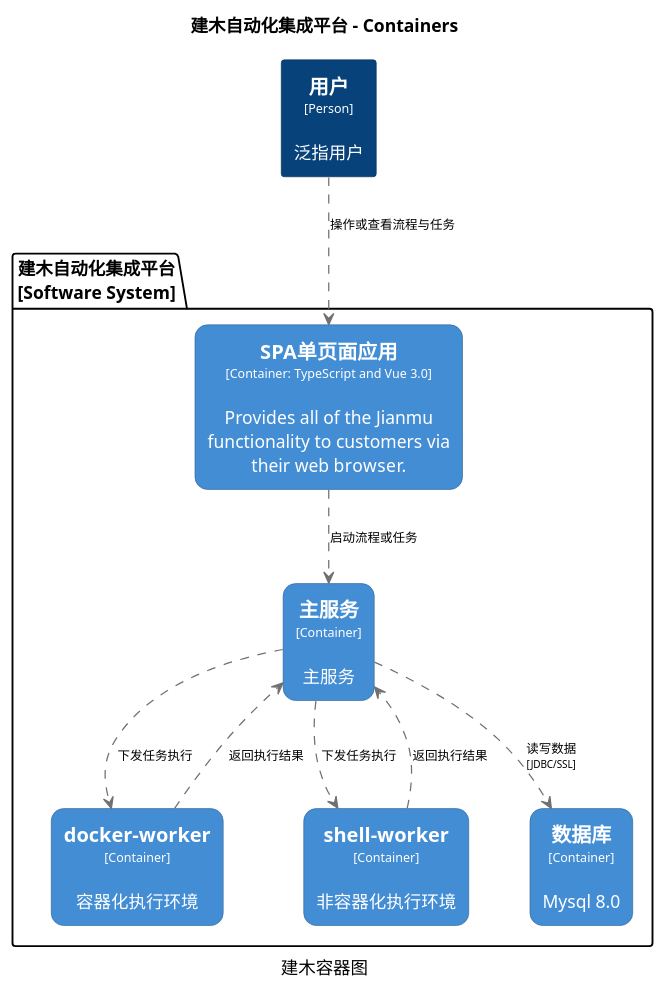
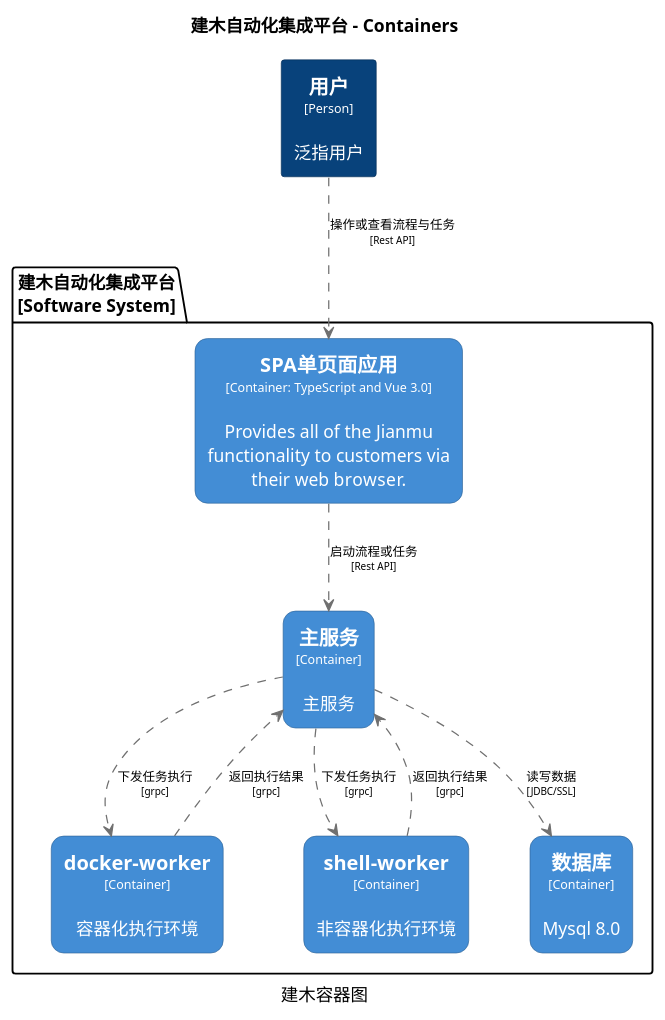
One commit to jianmu-dev/jianmu-architecture-as-code changed the diagram in c4/structurizr-jianmu-container.puml. Above: the diagram before and after it, drawn with PlantUML. The commit also changed 8 other files, not shown here.

```diff
--- a/c4/structurizr-jianmu-container.puml
+++ b/c4/structurizr-jianmu-container.puml
@@ -1,64 +1,64 @@
 @startuml(id=jianmu-container)
 title 建木自动化集成平台 - Containers
 caption 建木容器图
 
 skinparam {
   shadowing false
   arrowFontSize 10
   defaultTextAlignment center
   wrapWidth 200
   maxMessageSize 100
 }
 hide stereotype
 top to bottom direction
 skinparam rectangle<<11>> {
   BackgroundColor #438dd5
   FontColor #ffffff
   BorderColor #2E6295
   roundCorner 20
 }
+skinparam rectangle<<1>> {
+  BackgroundColor #08427b
+  FontColor #ffffff
+  BorderColor #052E56
+}
 skinparam rectangle<<12>> {
   BackgroundColor #438dd5
   FontColor #ffffff
   BorderColor #2E6295
   roundCorner 20
-}
-skinparam rectangle<<1>> {
-  BackgroundColor #08427b
-  FontColor #ffffff
-  BorderColor #052E56
 }
 skinparam rectangle<<3>> {
   BackgroundColor #438dd5
   FontColor #ffffff
   BorderColor #2E6295
   roundCorner 20
 }
 skinparam rectangle<<4>> {
   BackgroundColor #438dd5
   FontColor #ffffff
   BorderColor #2E6295
   roundCorner 20
 }
 skinparam rectangle<<16>> {
   BackgroundColor #438dd5
   FontColor #ffffff
   BorderColor #2E6295
   roundCorner 20
 }
 rectangle "==用户\n<size:10>[Person]</size>\n\n泛指用户" <<1>> as 1
 package "建木自动化集成平台\n[Software System]" {
   rectangle "==SPA单页面应用\n<size:10>[Container: TypeScript and Vue 3.0]</size>\n\nProvides all of the Jianmu functionality to customers via their web browser." <<3>> as 3
   rectangle "==docker-worker\n<size:10>[Container]</size>\n\n容器化执行环境" <<12>> as 12
   rectangle "==shell-worker\n<size:10>[Container]</size>\n\n非容器化执行环境" <<16>> as 16
   rectangle "==主服务\n<size:10>[Container]</size>\n\n主服务" <<4>> as 4
   rectangle "==数据库\n<size:10>[Container]</size>\n\nMysql 8.0" <<11>> as 11
 }
-3 .[#707070].> 4 : "启动流程或任务"
-12 .[#707070].> 4 : "返回执行结果"
-16 .[#707070].> 4 : "返回执行结果"
-4 .[#707070].> 12 : "下发任务执行"
-4 .[#707070].> 16 : "下发任务执行"
+3 .[#707070].> 4 : "启动流程或任务\n<size:8>[Rest API]</size>"
+12 .[#707070].> 4 : "返回执行结果\n<size:8>[grpc]</size>"
+16 .[#707070].> 4 : "返回执行结果\n<size:8>[grpc]</size>"
+4 .[#707070].> 12 : "下发任务执行\n<size:8>[grpc]</size>"
+4 .[#707070].> 16 : "下发任务执行\n<size:8>[grpc]</size>"
 4 .[#707070].> 11 : "读写数据\n<size:8>[JDBC/SSL]</size>"
-1 .[#707070].> 3 : "操作或查看流程与任务"
+1 .[#707070].> 3 : "操作或查看流程与任务\n<size:8>[Rest API]</size>"
 @enduml
```
